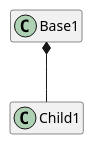
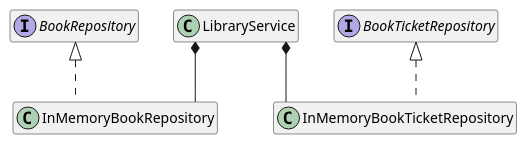
The diagram in src/com/bad_java/lectures/_03/design/composition.puml (elefus/bad_java_202107), drawn with PlantUML before and after one commit. The commit also changed 3 other files, not shown here.

```diff
--- a/src/com/bad_java/lectures/_03/design/composition.puml
+++ b/src/com/bad_java/lectures/_03/design/composition.puml
@@ -1,10 +1,16 @@
 @startuml
 
 ' avoid problems with angled crows feet
 skinparam linetype ortho
 
-Base1 *-- Child1
+interface BookRepository
+interface BookTicketRepository
+BookRepository <|.- InMemoryBookRepository
+BookTicketRepository <|.- InMemoryBookTicketRepository
+
+LibraryService *-- InMemoryBookRepository
+LibraryService *-- InMemoryBookTicketRepository
 
 hide empty members
 
 @enduml
```
